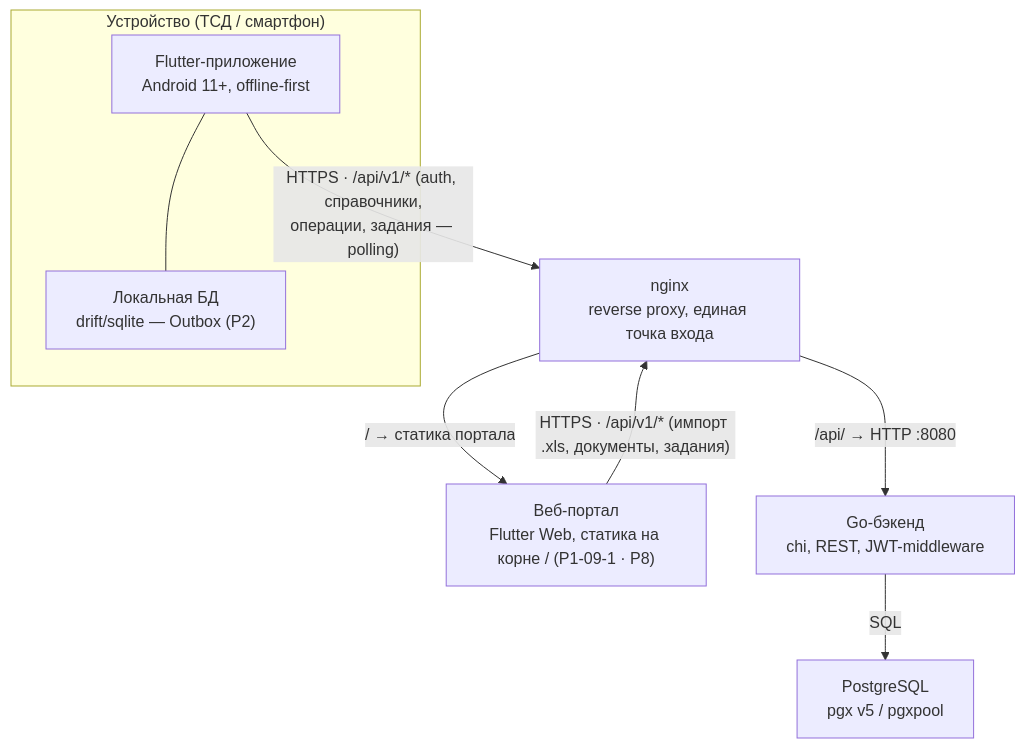
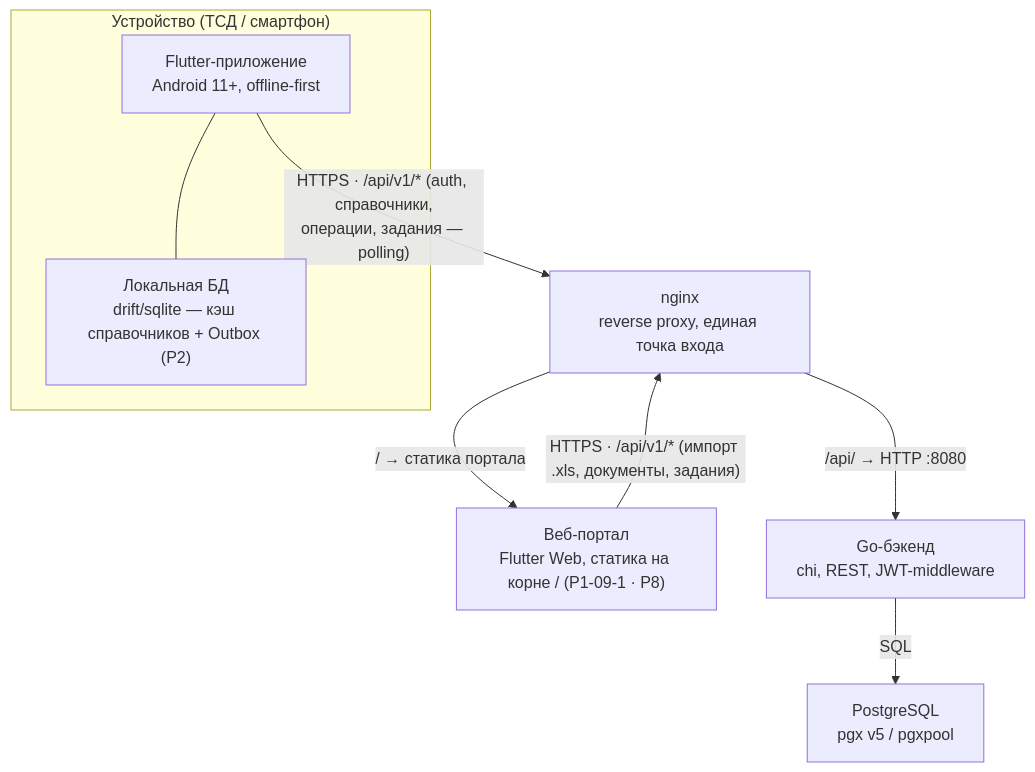
Before and after one commit to SergeiSMV/craft_limonades: the second of 4 diagrams in docs/architecture.md, drawn with Mermaid. The commit also changed other lines of this file and 18 other files, not shown here.

````diff
--- a/docs/architecture.md
+++ b/docs/architecture.md
@@ -55,19 +55,19 @@
 ```mermaid
 flowchart TB
     subgraph device["Устройство (ТСД / смартфон)"]
         app["Flutter-приложение<br/>Android 11+, offline-first"]
-        localdb["Локальная БД<br/>drift/sqlite — Outbox (P2)"]
+        localdb["Локальная БД<br/>drift/sqlite — кэш справочников + Outbox (P2)"]
         app --- localdb
     end
 
     portal["Веб-портал<br/>Flutter Web, статика на корне / (P1-09-1 · P8)"]
     nginx["nginx<br/>reverse proxy, единая точка входа"]
     backend["Go-бэкенд<br/>chi, REST, JWT-middleware"]
     pg["PostgreSQL<br/>pgx v5 / pgxpool"]
 
     app -->|"HTTPS · /api/v1/* (auth, справочники,<br/>операции, задания — polling)"| nginx
     portal -->|"HTTPS · /api/v1/* (импорт .xls, документы, задания)"| nginx
     nginx -->|"/api/ → HTTP :8080"| backend
     nginx -->|"/ → статика портала"| portal
     backend -->|"SQL"| pg
 ```
````
